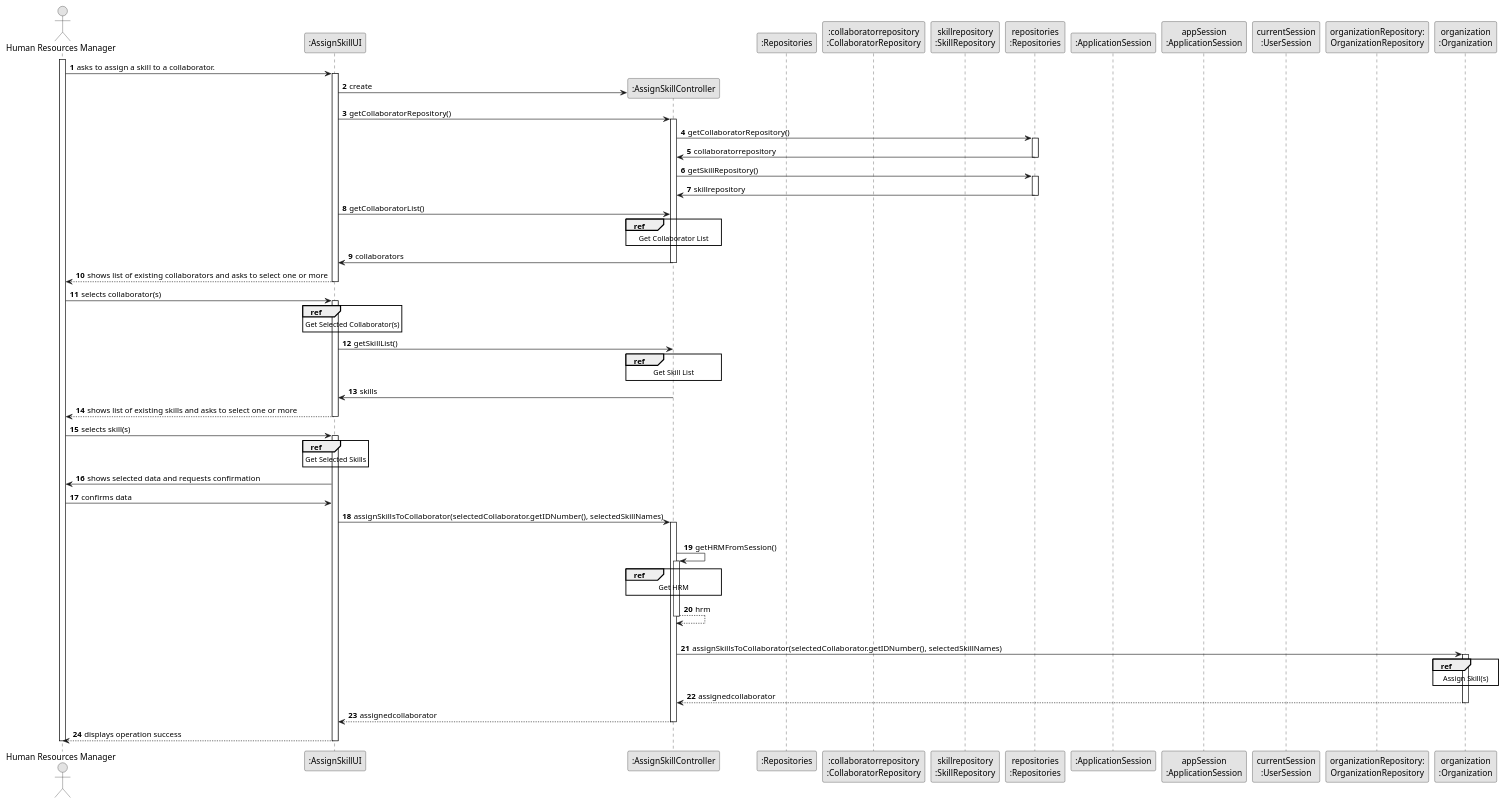
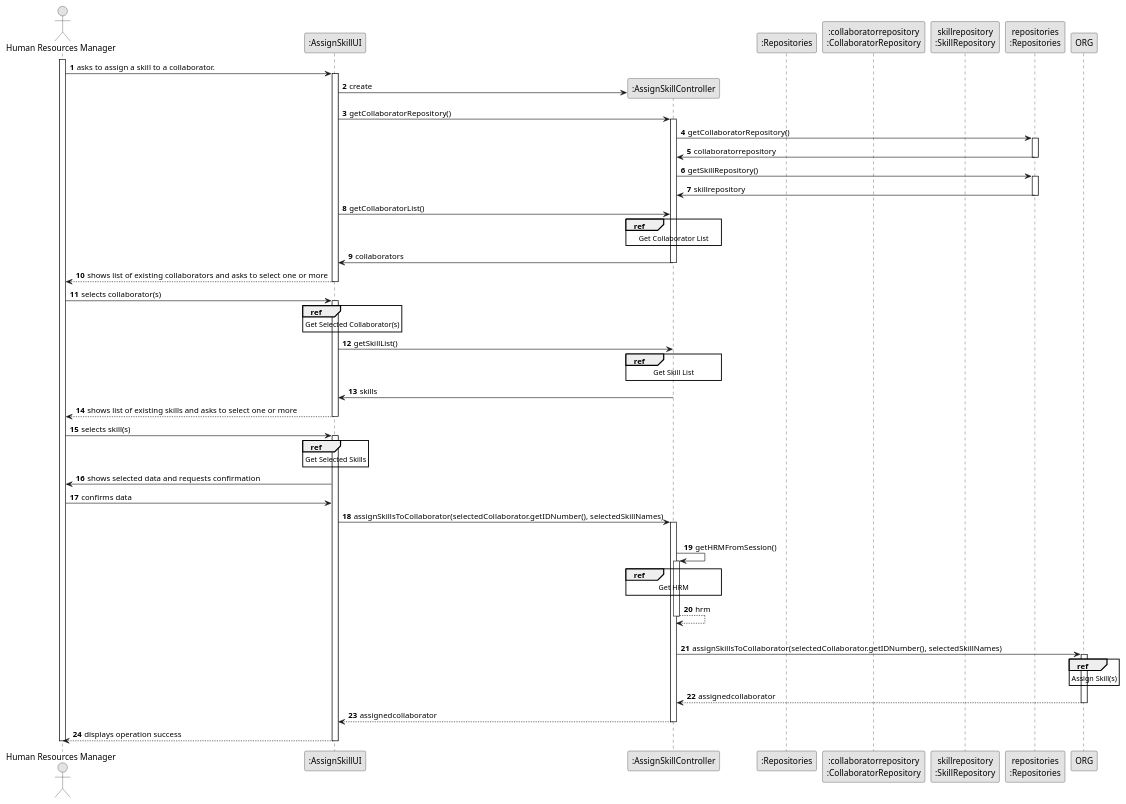
Before and after one commit to tiagosoa/lei-24-s2-1dgh-g073: the diagram in docs/sprint3/us004/03.design/puml/us004-sequence-diagram-split.puml, drawn with PlantUML. The commit also changed 14 other files, not shown here.

```diff
--- a/docs/sprint3/us004/03.design/puml/us004-sequence-diagram-split.puml
+++ b/docs/sprint3/us004/03.design/puml/us004-sequence-diagram-split.puml
@@ -1,128 +1,122 @@
 @startuml
 skinparam monochrome true
 skinparam packageStyle rectangle
 skinparam shadowing false
 
 autonumber
 
 'hide footbox
 actor "Human Resources Manager" as ADM
 participant ":AssignSkillUI" as UI
 participant ":AssignSkillController" as CTRL
 participant ":Repositories" as RepositorySingleton
 participant ":collaboratorrepository\n:CollaboratorRepository" as CR
 participant "skillrepository\n:SkillRepository" as SR
 participant "repositories\n:Repositories" as PLAT
-participant ":ApplicationSession" as _APP
-participant "appSession\n:ApplicationSession" as APP
-participant "currentSession\n:UserSession" as SESSAO
-participant "organizationRepository:\nOrganizationRepository" as OrganizationRepository
-participant "organization\n:Organization" as ORG
-
 activate ADM
 
         ADM -> UI : asks to assign a skill to a collaborator.
 
         activate UI
 
 '            UI --> ADM : requests data (name)
             'create CTRL
             UI -> CTRL** : create
 
                          UI -> CTRL : getCollaboratorRepository()
                          activate CTRL
 
                                  CTRL -> PLAT : getCollaboratorRepository()
                                          activate PLAT
 
                                      PLAT -> CTRL : collaboratorrepository
                                      deactivate PLAT
 
                                  CTRL -> PLAT : getSkillRepository()
                                          activate PLAT
 
                                      PLAT -> CTRL : skillrepository
                                      deactivate PLAT
 
             UI -> CTRL: getCollaboratorList()
         ref over CTRL
         Get Collaborator List
         end
 
         CTRL -> UI: collaborators
         deactivate CTRL
 
     UI --> ADM : shows list of existing collaborators and asks to select one or more
     deactivate UI
 
     ADM -> UI : selects collaborator(s)
     activate UI
 
         ref over UI
         Get Selected Collaborator(s)
         end
 
 
             UI -> CTRL: getSkillList()
         ref over CTRL
         Get Skill List
         end
 
         CTRL -> UI: skills
         deactivate CTRL
 
 
     UI --> ADM : shows list of existing skills and asks to select one or more
     deactivate UI
 
 
    ADM -> UI : selects skill(s)
    activate UI
 
         ref over UI
         Get Selected Skills
         end
 
 
 
    UI -> ADM : shows selected data and requests confirmation
 
    ADM -> UI : confirms data
 
    UI -> CTRL: assignSkillsToCollaborator(selectedCollaborator.getIDNumber(), selectedSkillNames)
    activate CTRL
 
 
             |||
             CTRL -> CTRL : getHRMFromSession()
             activate CTRL
 
             ref over CTRL
             Get HRM
             end
 
                 CTRL --> CTRL : hrm
             deactivate CTRL
 
             |||
             CTRL -> ORG: assignSkillsToCollaborator(selectedCollaborator.getIDNumber(), selectedSkillNames)
             activate ORG
 
 
 
                     ref over ORG
                     Assign Skill(s)
                     end
 
                 ORG --> CTRL : assignedcollaborator
 
             deactivate ORG
 
             CTRL --> UI: assignedcollaborator
             deactivate CTRL
             UI --> ADM: displays operation success
     deactivate UI
 
 deactivate ADM
 
 @enduml
```
